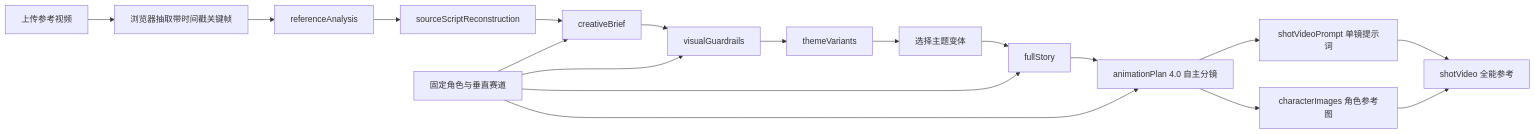
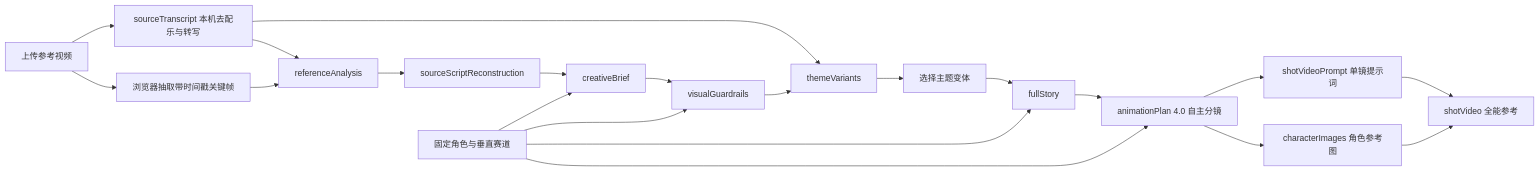
One commit to marriannedagwwn-bot/mimo-short-video-director changed the diagram in docs/workflow-spec.md. Above: the diagram before and after it, drawn with Mermaid. The commit also changed other lines of this file and 41 other files, not shown here.

````diff
--- a/docs/workflow-spec.md
+++ b/docs/workflow-spec.md
@@ -14,20 +14,23 @@
 ```mermaid
 flowchart LR
     A[上传参考视频] --> B[浏览器抽取带时间戳关键帧]
+    A --> T[sourceTranscript 本机去配乐与转写]
+    T --> C
+    T --> F
     B --> C[referenceAnalysis]
     C --> D[sourceScriptReconstruction]
     D --> E[creativeBrief]
     E --> V[visualGuardrails]
     V --> F[themeVariants]
     F --> H[选择主题变体]
     H --> I[fullStory]
     I --> J[animationPlan 4.0 自主分镜]
     J --> R[characterImages 角色参考图]
     J --> K[shotVideoPrompt 单镜提示词]
     K --> L[shotVideo 全能参考]
     R --> L
     G[固定角色与垂直赛道] --> E
     G --> V
     G --> I
     G --> J
 ```
````
